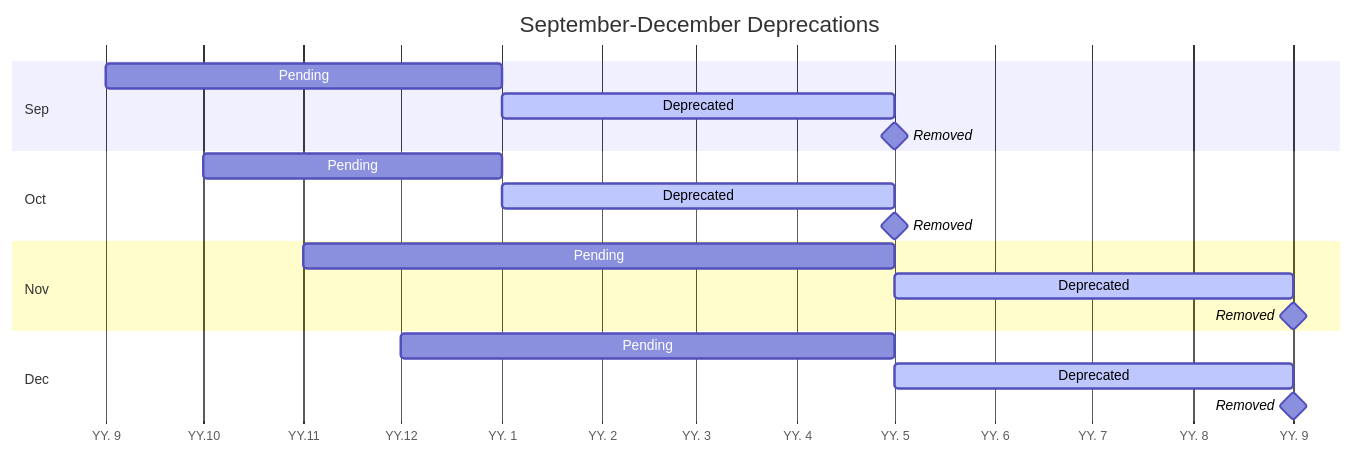
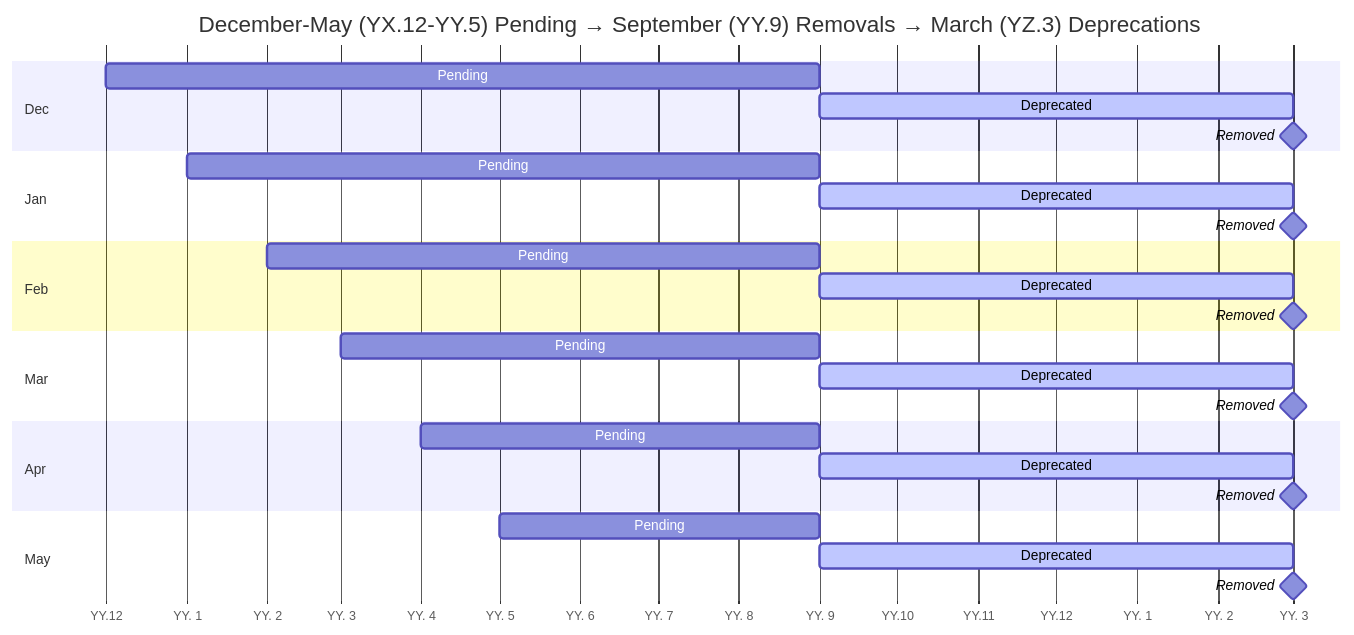
Before and after one commit to conda/ceps: the second of 2 diagrams in cep-deprecation.md, drawn with Mermaid. The commit also changed other lines of this file, not shown here.

Commit message:
Switch to bi-annual deprecation policy

````diff
--- a/cep-deprecation.md
+++ b/cep-deprecation.md
@@ -104,26 +87,36 @@
 ```mermaid
 gantt
-    dateFormat YYYY-MM
+    dateFormat  YYYY-MM
     axisFormat YY.%_m
-    title      September-December Deprecations
-
-    section Sep
-    Pending     :           2023-09, 2024-01
-    Deprecated  :active,    2024-01, 2024-05
-    Removed     :milestone, 2024-05
-
-    section Oct
-    Pending     :           2023-10, 2024-01
-    Deprecated  :active,    2024-01, 2024-05
-    Removed     :milestone, 2024-05
-
-    section Nov
-    Pending     :           2023-11, 2024-05
-    Deprecated  :active,    2024-05, 2024-09
-    Removed     :milestone, 2024-09
+    title       December-May (YX.12-YY.5) Pending → September (YY.9) Removals → March (YZ.3) Deprecations
 
     section Dec
-    Pending     :           2023-12, 2024-05
-    Deprecated  :active,    2024-05, 2024-09
-    Removed     :milestone, 2024-09
+    Pending     :           2022-12, 2023-09
+    Deprecated  :active,    2023-09, 2024-03
+    Removed     :milestone, 2024-03
+
+    section Jan
+    Pending     :           2023-01, 2023-09
+    Deprecated  :active,    2023-09, 2024-03
+    Removed     :milestone, 2024-03
+
+    section Feb
+    Pending     :           2023-02, 2023-09
+    Deprecated  :active,    2023-09, 2024-03
+    Removed     :milestone, 2024-03
+
+    section Mar
+    Pending     :           2023-03, 2023-09
+    Deprecated  :active,    2023-09, 2024-03
+    Removed     :milestone, 2024-03
+
+    section Apr
+    Pending     :           2023-04, 2023-09
+    Deprecated  :active,    2023-09, 2024-03
+    Removed     :milestone, 2024-03
+
+    section May
+    Pending     :           2023-05, 2023-09
+    Deprecated  :active,    2023-09, 2024-03
+    Removed     :milestone, 2024-03
 ```
````
